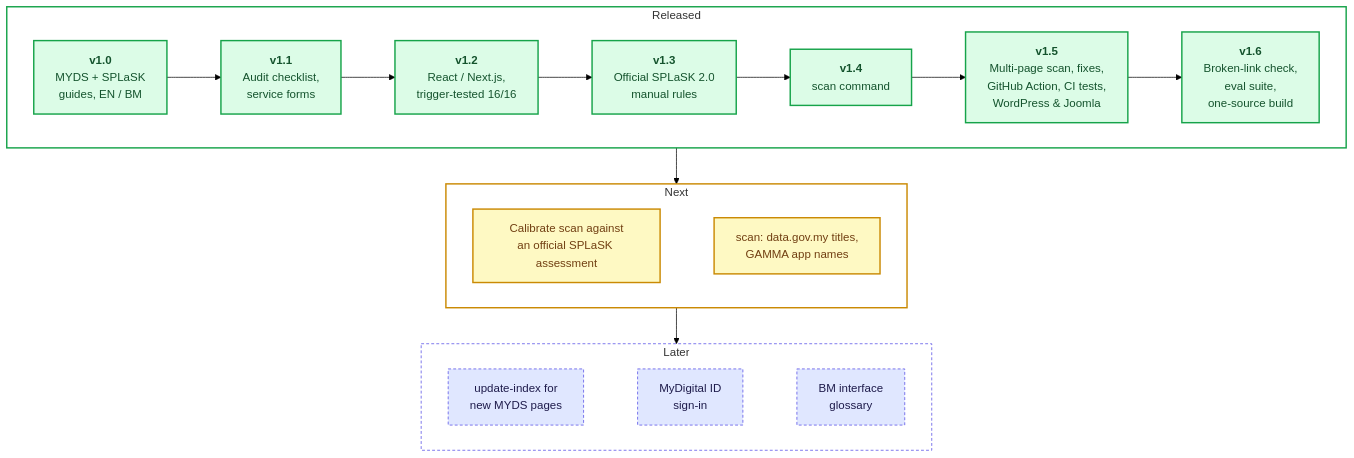
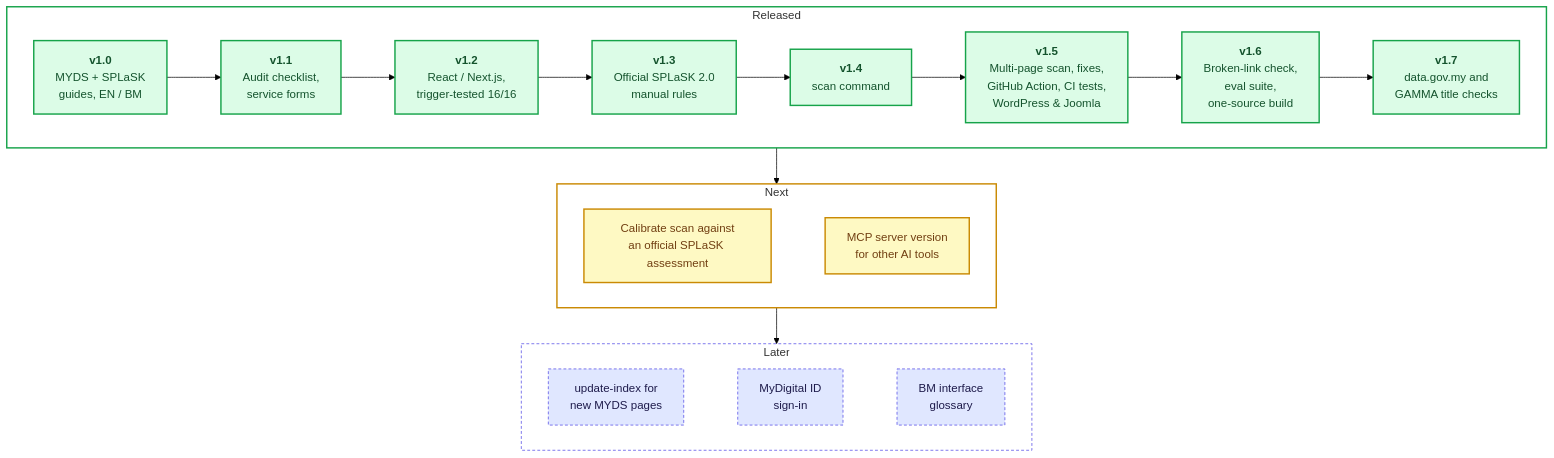
One commit to DexComm69/malaysia-gov-web-guidance changed the second of 2 diagrams in README.md. Above: the diagram before and after it, drawn with Mermaid (forest theme). The commit also changed other lines of this file and 7 other files, not shown here.

Commit message:
v1.7.0: scan checks data.gov.my dataset titles and GAMMA app names

````diff
--- a/README.md
+++ b/README.md
@@ -334,41 +334,42 @@
 ```mermaid
 flowchart TB
     subgraph shipped ["Released"]
         direction LR
         v10["<b>v1.0</b><br/>MYDS + SPLaSK<br/>guides, EN / BM"]
         v11["<b>v1.1</b><br/>Audit checklist,<br/>service forms"]
         v12["<b>v1.2</b><br/>React / Next.js,<br/>trigger-tested 16/16"]
         v13["<b>v1.3</b><br/>Official SPLaSK 2.0<br/>manual rules"]
         v14["<b>v1.4</b><br/>scan command"]
         v15["<b>v1.5</b><br/>Multi-page scan, fixes,<br/>GitHub Action, CI tests,<br/>WordPress & Joomla"]
         v16["<b>v1.6</b><br/>Broken-link check,<br/>eval suite,<br/>one-source build"]
-        v10 --> v11 --> v12 --> v13 --> v14 --> v15 --> v16
+        v17["<b>v1.7</b><br/>data.gov.my and<br/>GAMMA title checks"]
+        v10 --> v11 --> v12 --> v13 --> v14 --> v15 --> v16 --> v17
     end
 
     subgraph next ["Next"]
         direction LR
         cal["Calibrate scan against<br/>an official SPLaSK assessment"]
-        scanplus["scan: data.gov.my titles,<br/>GAMMA app names"]
-        cal ~~~ scanplus
+        mcp["MCP server version<br/>for other AI tools"]
+        cal ~~~ mcp
     end
 
     subgraph later ["Later"]
         direction LR
         upd["update-index for<br/>new MYDS pages"]
         idm["MyDigital ID<br/>sign-in"]
         bm["BM interface<br/>glossary"]
         upd ~~~ idm ~~~ bm
     end
 
     shipped --> next --> later
 
     classDef done fill:#dcfce7,stroke:#16a34a,color:#14532d,stroke-width:2px
     classDef nxt fill:#fef9c3,stroke:#ca8a04,color:#713f12,stroke-width:2px
     classDef plan fill:#e0e7ff,stroke:#4f46e5,color:#1e1b4b,stroke-width:1px,stroke-dasharray:4 3
-    class v10,v11,v12,v13,v14,v15,v16 done
-    class cal,scanplus nxt
+    class v10,v11,v12,v13,v14,v15,v16,v17 done
+    class cal,mcp nxt
     class upd,idm,bm plan
     style shipped fill:transparent,stroke:#16a34a,stroke-width:2px
     style next fill:transparent,stroke:#ca8a04,stroke-width:2px
     style later fill:transparent,stroke:#4f46e5,stroke-width:1px,stroke-dasharray:4 3
 ```
````
